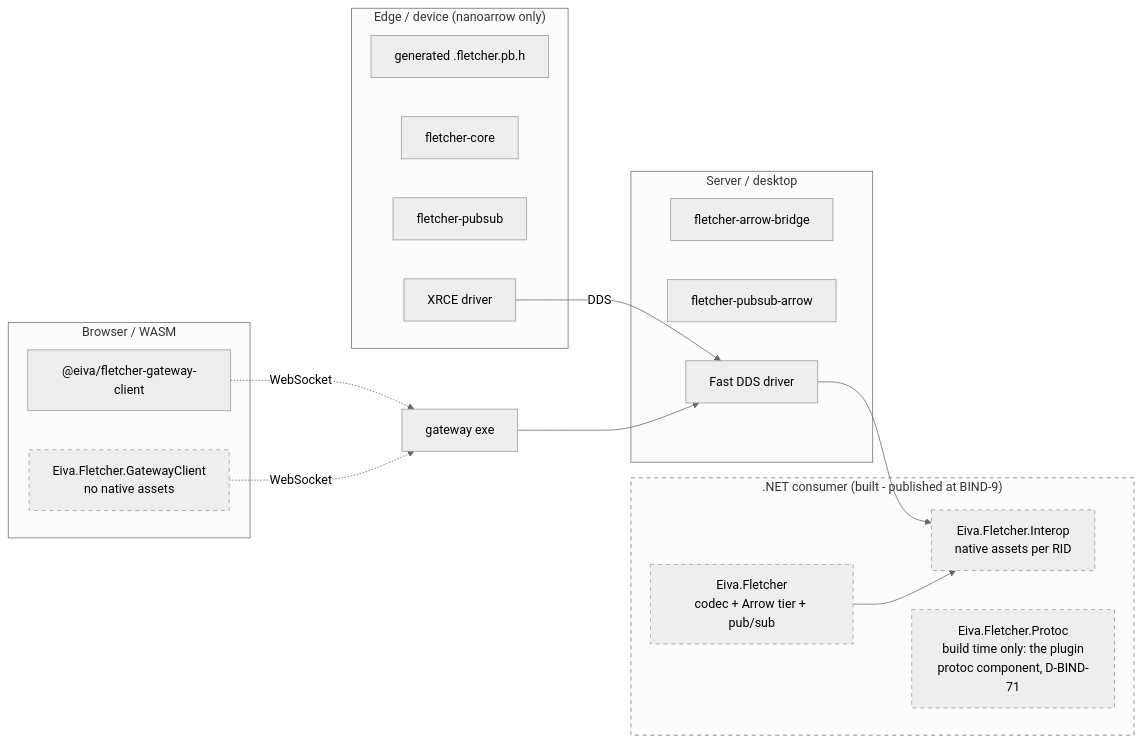
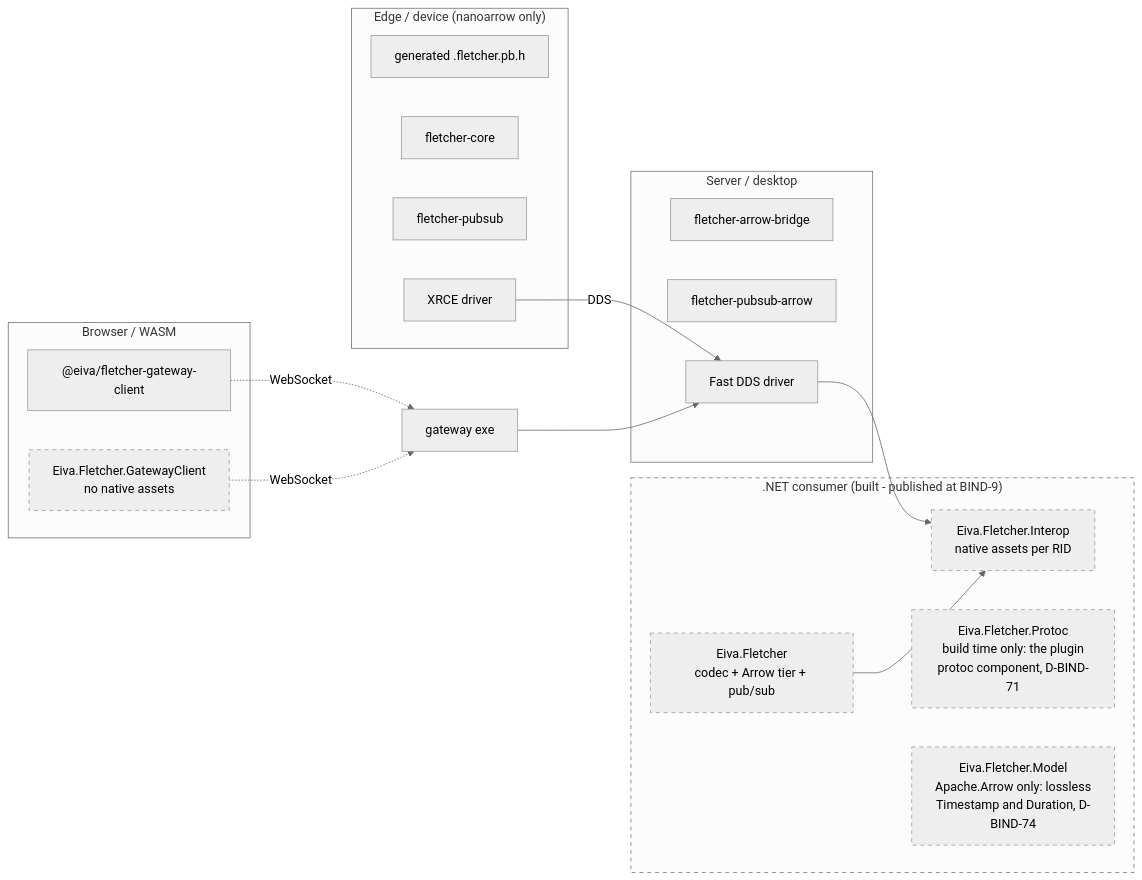
One commit to eivacom/Fletcher changed the ninth of 12 diagrams in plans/BIND-architecture-diagrams.md. Above: the diagram before and after it, drawn with Mermaid (neutral theme). The commit also changed other lines of this file and 4 other files, not shown here.

First line of the commit message:
BIND-C#: D-BIND-74, the lossless Timestamp and Duration live in Eiva.Fletcher.Model

````diff
--- a/plans/BIND-architecture-diagrams.md
+++ b/plans/BIND-architecture-diagrams.md
@@ -586,33 +595,34 @@
 ```mermaid
 flowchart LR
     subgraph edge["Edge / device (nanoarrow only)"]
         E1["generated .fletcher.pb.h"]
         E2["fletcher-core"]
         E3["fletcher-pubsub"]
         E4["XRCE driver"]
     end
     subgraph server["Server / desktop"]
         S1["fletcher-arrow-bridge"]
         S2["fletcher-pubsub-arrow"]
         S3["Fast DDS driver"]
     end
     subgraph dotnet[".NET consumer (built - published at BIND-9)"]
         D1["Eiva.Fletcher<br/>codec + Arrow tier + pub/sub"]
         D2["Eiva.Fletcher.Interop<br/>native assets per RID"]
         D3["Eiva.Fletcher.Protoc<br/>build time only: the plugin<br/>protoc component, D-BIND-71"]
+        D4["Eiva.Fletcher.Model<br/>Apache.Arrow only: lossless<br/>Timestamp and Duration, D-BIND-74"]
     end
     subgraph browser["Browser / WASM"]
         B1["@eiva/fletcher-gateway-client"]
         B2["Eiva.Fletcher.GatewayClient<br/>no native assets"]
     end
 
     E4 -->|DDS| S3
     S3 --> D2
     D1 --> D2
     B1 -.->|WebSocket| GW["gateway exe"]
     B2 -.->|WebSocket| GW
     GW --> S3
 
     classDef planned stroke-dasharray: 5 5
-    class dotnet,D1,D2,D3,B2 planned
+    class dotnet,D1,D2,D3,D4,B2 planned
 ```
````
